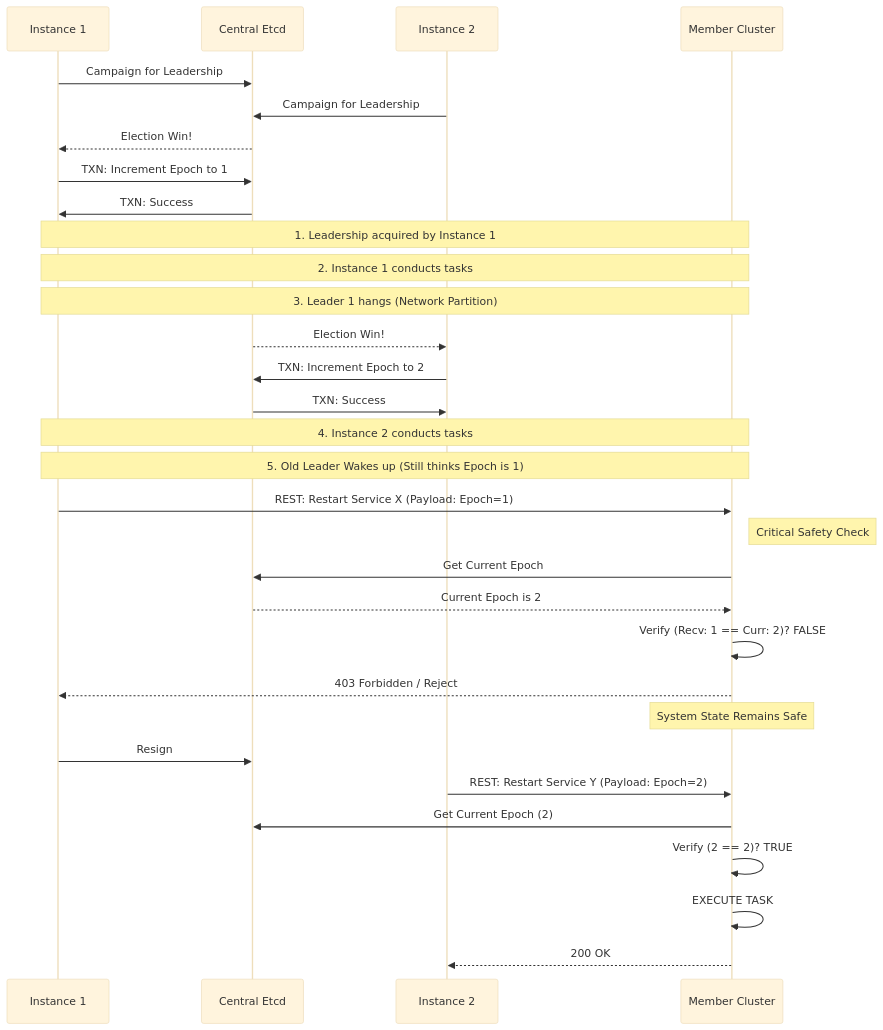
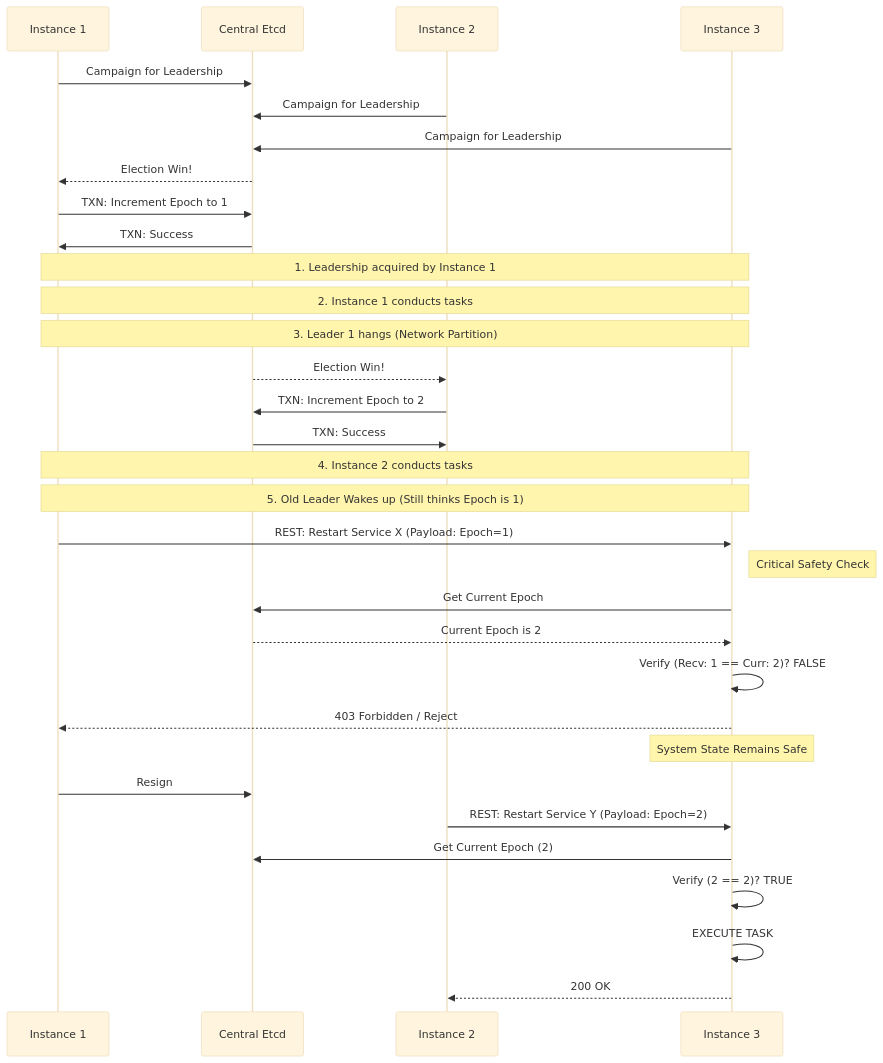
The diagram in docs/zombi-leader.md (esadakcam/conductor), drawn with Mermaid (base theme) before and after one commit.

Commit message:
Updatee zombi leader

````diff
--- a/docs/zombi-leader.md
+++ b/docs/zombi-leader.md
@@ -1,43 +1,44 @@
 ```mermaid
 sequenceDiagram
     participant OldLeader as Instance 1
     participant DB as Central Etcd
     participant NewLeader as Instance 2
-    participant Follower as Member Cluster
+    participant Follower as Instance 3
 
     OldLeader->>DB: Campaign for Leadership
     NewLeader->>DB: Campaign for Leadership
+    Follower->>DB: Campaign for Leadership
     DB-->>OldLeader: Election Win!
     OldLeader->>DB: TXN: Increment Epoch to 1
     DB->>OldLeader: TXN: Success
 
     Note over OldLeader, Follower: 1. Leadership acquired by Instance 1
     Note over OldLeader, Follower: 2. Instance 1 conducts tasks
     Note over OldLeader, Follower: 3. Leader 1 hangs (Network Partition)
 
     DB-->>NewLeader: Election Win!
     NewLeader->>DB: TXN: Increment Epoch to 2
     DB->>NewLeader: TXN: Success
     Note over OldLeader, Follower: 4. Instance 2 conducts tasks
 
     Note over OldLeader, Follower: 5. Old Leader Wakes up (Still thinks Epoch is 1)
 
     OldLeader->>Follower: REST: Restart Service X (Payload: Epoch=1)
 
     Note right of Follower: Critical Safety Check
     Follower->>DB: Get Current Epoch
     DB-->>Follower: Current Epoch is 2
 
     Follower->>Follower: Verify (Recv: 1 == Curr: 2)? FALSE
     Follower-->>OldLeader: 403 Forbidden / Reject
 
     Note over Follower: System State Remains Safe
 
     OldLeader->>DB: Resign
 
     NewLeader->>Follower: REST: Restart Service Y (Payload: Epoch=2)
     Follower->>DB: Get Current Epoch (2)
     Follower->>Follower: Verify (2 == 2)? TRUE
     Follower->>Follower: EXECUTE TASK
     Follower-->>NewLeader: 200 OK
 ```
````
